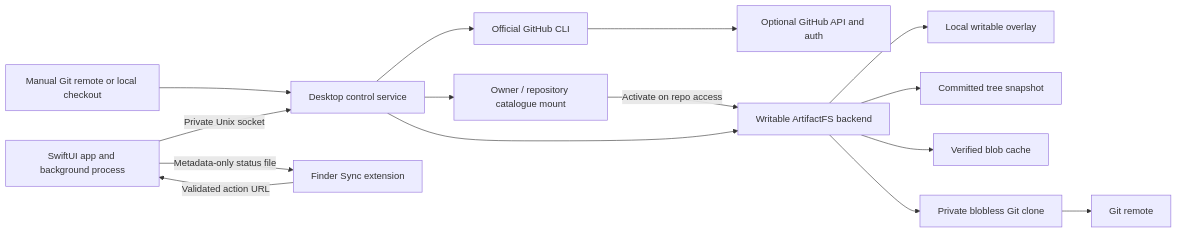
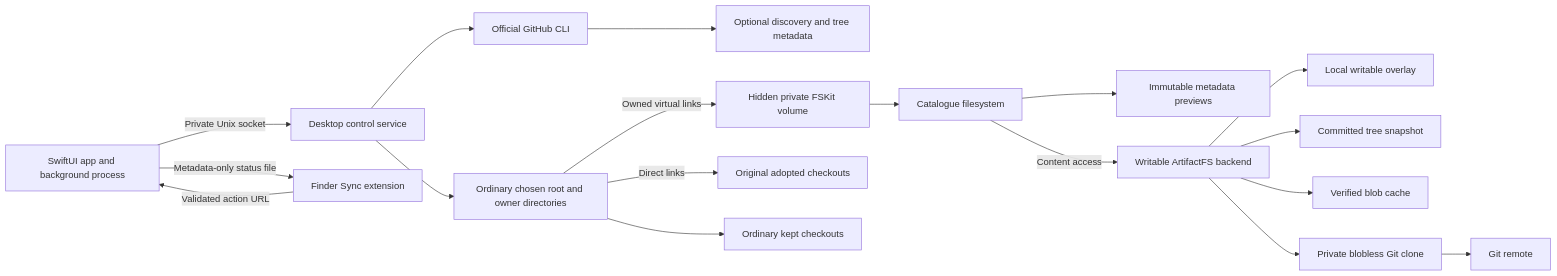
Before and after one commit to enoughtools/reporeach: the diagram in docs/reporeach/architecture.md, drawn with Mermaid. The commit also changed other lines of this file and 85 other files, not shown here.

Commit message:
Restore ordinary repo folders and metadata-only cold browsing

````diff
--- a/docs/reporeach/architecture.md
+++ b/docs/reporeach/architecture.md
@@ -13,17 +16,20 @@
 ```mermaid
 flowchart LR
     App[SwiftUI app and background process] -->|Private Unix socket| Desktop[Desktop control service]
     Finder[Finder Sync extension] -->|Validated action URL| App
     App -->|Metadata-only status file| Finder
     Desktop --> GH[Official GitHub CLI]
-    GH --> GitHub[Optional GitHub API and auth]
-    Sources[Manual Git remote or local checkout] --> Desktop
-    Desktop --> Catalog[Owner / repository catalogue mount]
-    Catalog -->|Activate on repo access| AFS[Writable ArtifactFS backend]
-    Desktop --> AFS
+    GH --> GitHub[Optional discovery and tree metadata]
+    Desktop --> Root[Ordinary chosen root and owner directories]
+    Root -->|Owned virtual links| Native[Hidden private FSKit volume]
+    Root -->|Direct links| Adopted[Original adopted checkouts]
+    Root --> Kept[Ordinary kept checkouts]
+    Native --> Catalog[Catalogue filesystem]
+    Catalog --> Preview[Immutable metadata previews]
+    Catalog -->|Content access| AFS[Writable ArtifactFS backend]
     AFS --> Overlay[Local writable overlay]
     AFS --> Snapshot[Committed tree snapshot]
     AFS --> Cache[Verified blob cache]
     AFS --> Git[Private blobless Git clone]
     Git --> Remote[Git remote]
 ```
````
